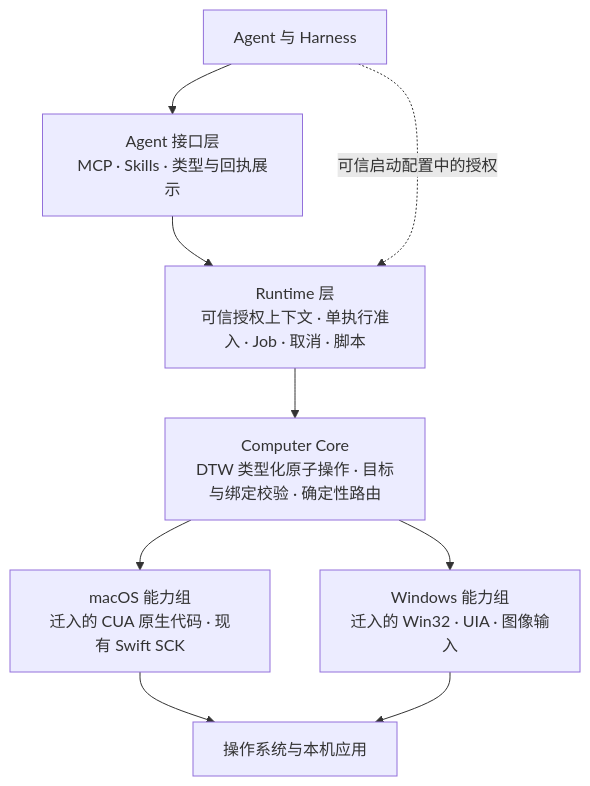
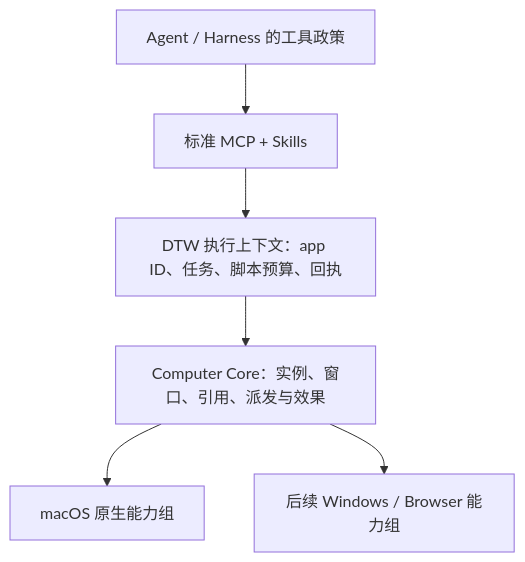
The diagram in docs/next-architecture-baseline.md (caelis-labs/desktop-world), drawn with Mermaid before and after one commit. The commit also changed other lines of this file and 73 other files, not shown here.

Commit message:
refactor: use standard MCP and stable app identifiers

````diff
--- a/docs/next-architecture-baseline.md
+++ b/docs/next-architecture-baseline.md
@@ -42,11 +19,8 @@
 ```mermaid
-flowchart TB
-    H["Agent 与 Harness"] --> A["Agent 接口层\nMCP · Skills · 类型与回执展示"]
-    A --> R["Runtime 层\n可信授权上下文 · 单执行准入 · Job · 取消 · 脚本"]
-    R --> C["Computer Core\nDTW 类型化原子操作 · 目标与绑定校验 · 确定性路由"]
-    C --> M["macOS 能力组\n迁入的 CUA 原生代码 · 现有 Swift SCK"]
-    C --> W["Windows 能力组\n迁入的 Win32 · UIA · 图像输入"]
-    M --> O["操作系统与本机应用"]
-    W --> O
-    H -. "可信启动配置中的授权" .-> R
+flowchart TD
+    H["Agent / Harness 的工具政策"] --> A["标准 MCP + Skills"]
+    A --> R["DTW 执行上下文：app ID、任务、脚本预算、回执"]
+    R --> C["Computer Core：实例、窗口、引用、派发与效果"]
+    C --> M["macOS 原生能力组"]
+    C --> W["后续 Windows / Browser 能力组"]
 ```
````
